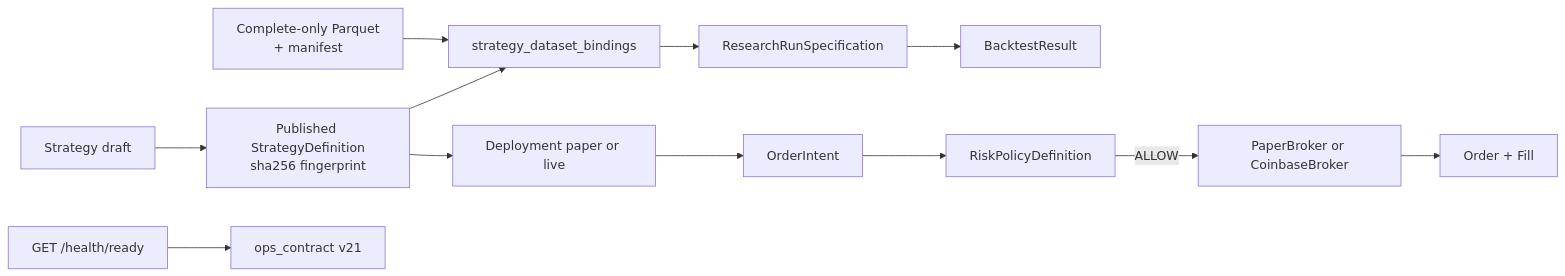
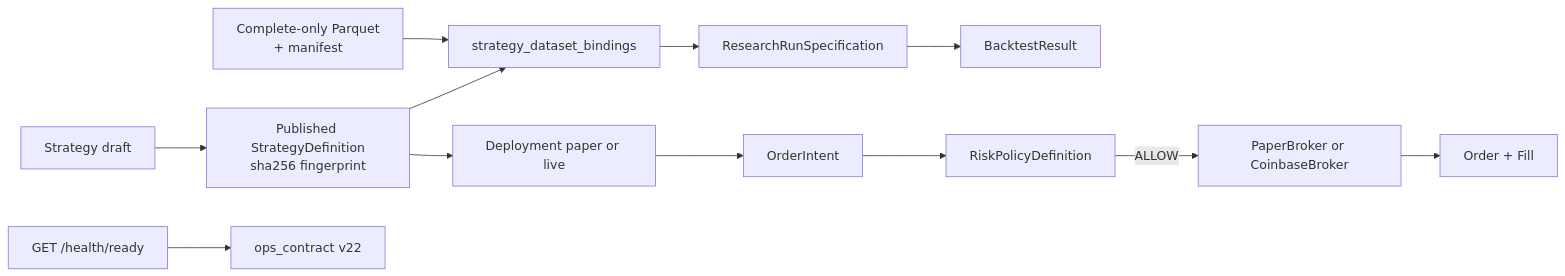
One commit to Zoltesh/thytrader changed the diagram in docs/architecture/contracts/README.md. Above: the diagram before and after it, drawn with Mermaid. The commit also changed 34 other files, not shown here.

````diff
--- a/docs/architecture/contracts/README.md
+++ b/docs/architecture/contracts/README.md
@@ -20,14 +20,14 @@
 ```mermaid
 flowchart LR
   Draft["Strategy draft"] --> Published["Published StrategyDefinition\nsha256 fingerprint"]
   Dataset["Complete-only Parquet\n+ manifest"] --> Binding["strategy_dataset_bindings"]
   Published --> Binding
   Binding --> RunSpec["ResearchRunSpecification"]
   RunSpec --> Result["BacktestResult"]
   Published --> Deploy["Deployment paper or live"]
   Deploy --> Intent["OrderIntent"]
   Intent --> Risk["RiskPolicyDefinition"]
   Risk -->|ALLOW| Broker["PaperBroker or CoinbaseBroker"]
   Broker --> Order["Order + Fill"]
-  Health["GET /health/ready"] --> Ops["ops_contract v21"]
+  Health["GET /health/ready"] --> Ops["ops_contract v22"]
 ```
````
